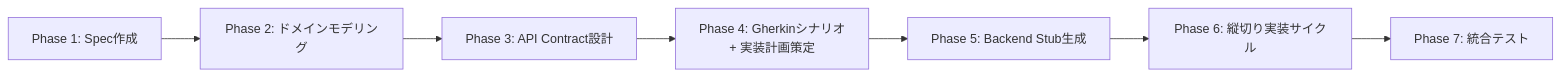
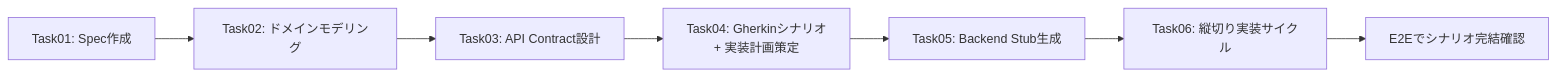
Before and after one commit to nobiinu-and/hatomask-app-with-ai: the first of 3 diagrams in docs/AI_COLLABORATION.md, drawn with Mermaid. The commit also changed other lines of this file and 40 other files, not shown here.

````diff
--- a/docs/AI_COLLABORATION.md
+++ b/docs/AI_COLLABORATION.md
@@ -146,9 +147,9 @@
 ```mermaid
 graph LR
-    A[Phase 1: Spec作成] --> B[Phase 2: ドメインモデリング]
-    B --> C[Phase 3: API Contract設計]
-    C --> D[Phase 4: Gherkinシナリオ<br/>+ 実装計画策定]
-    D --> E[Phase 5: Backend Stub生成]
-    E --> F[Phase 6: 縦切り実装サイクル]
-    F --> G[Phase 7: 統合テスト]
+    A[Task01: Spec作成] --> B[Task02: ドメインモデリング]
+    B --> C[Task03: API Contract設計]
+    C --> D[Task04: Gherkinシナリオ<br/>+ 実装計画策定]
+    D --> E[Task05: Backend Stub生成]
+    E --> F[Task06: 縦切り実装サイクル]
+    F --> G[E2Eでシナリオ完結確認]
 ```
````
